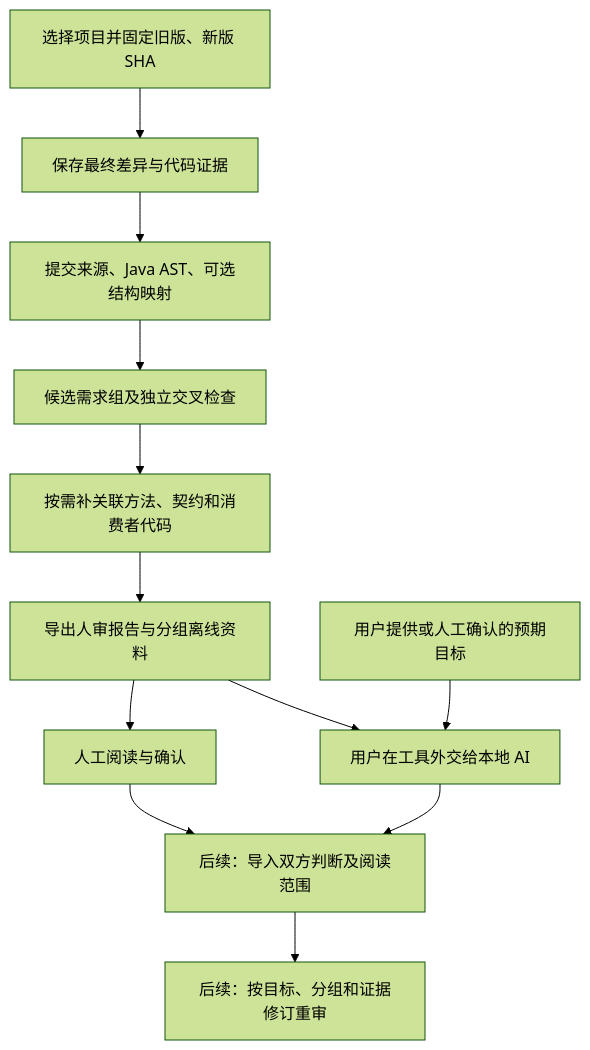
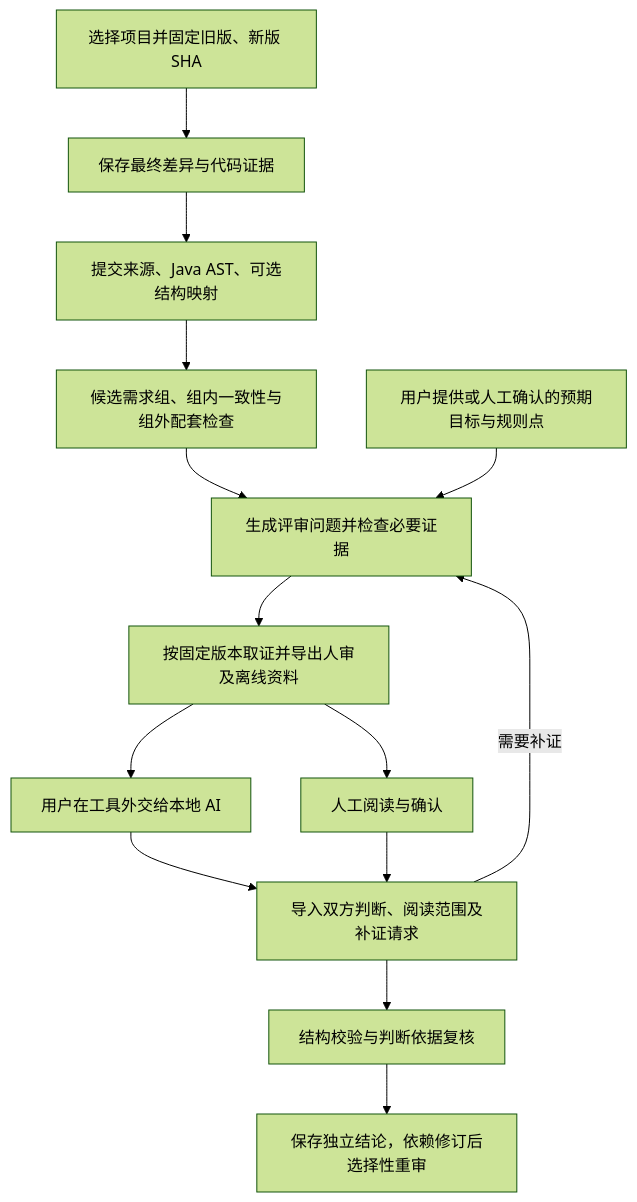
Before and after one commit to lalala8462/diff-analysis: the diagram in README.md, drawn with Mermaid (forest theme). The commit also changed other lines of this file and 8 other files, not shown here.

```diff
--- a/README.md
+++ b/README.md
@@ -32,14 +34,16 @@
 ~~~mermaid
 graph TD
     A["选择项目并固定旧版、新版 SHA"] --> B["保存最终差异与代码证据"]
     B --> C["提交来源、Java AST、可选结构映射"]
-    C --> D["候选需求组及独立交叉检查"]
-    D --> E["按需补关联方法、契约和消费者代码"]
-    E --> F["导出人审报告与分组离线资料"]
+    C --> D["候选需求组、组内一致性与组外配套检查"]
+    D --> E["生成评审问题并检查必要证据"]
+    H["用户提供或人工确认的预期目标与规则点"] --> E
+    E --> F["按固定版本取证并导出人审及离线资料"]
     F --> G["用户在工具外交给本地 AI"]
-    H["用户提供或人工确认的预期目标"] --> G
     F --> I["人工阅读与确认"]
-    G --> J["后续：导入双方判断及阅读范围"]
+    G --> J["导入双方判断、阅读范围及补证请求"]
     I --> J
-    J --> K["后续：按目标、分组和证据修订重审"]
+    J -->|需要补证| E
+    J --> K["结构校验与判断依据复核"]
+    K --> L["保存独立结论，依赖修订后选择性重审"]
 ~~~
```
